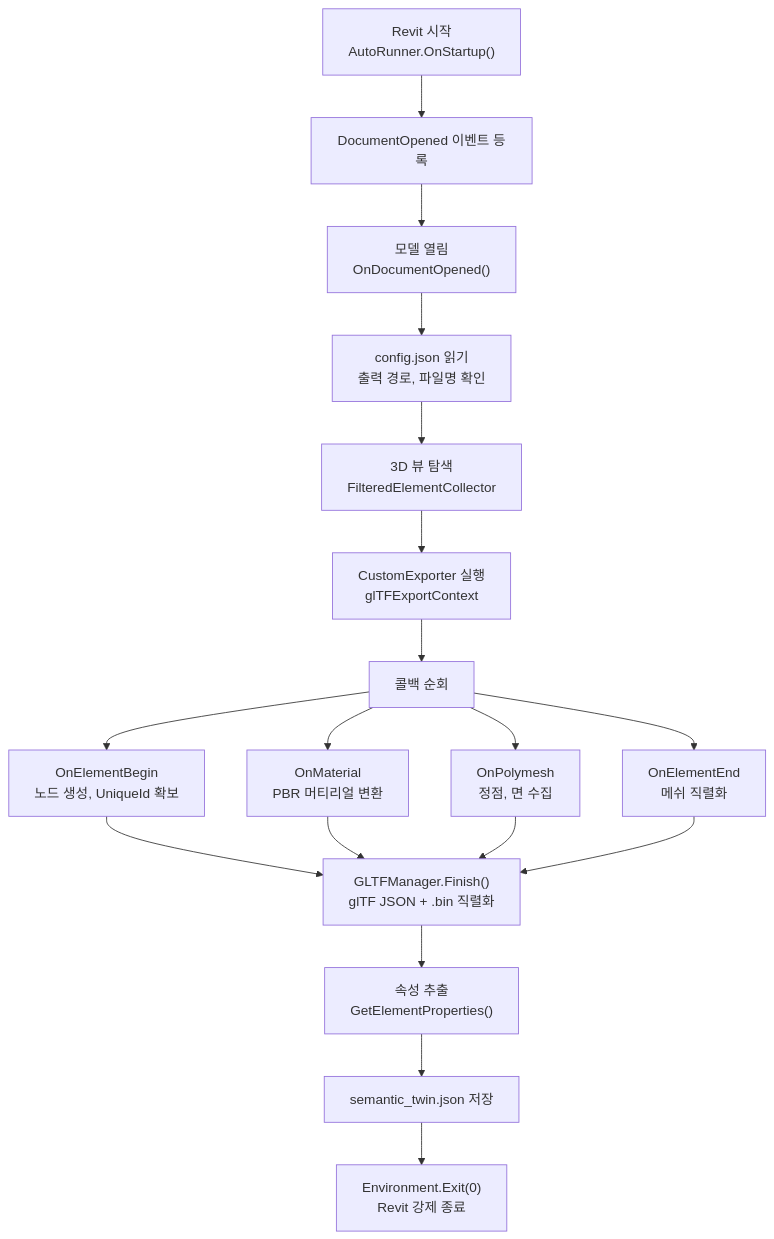
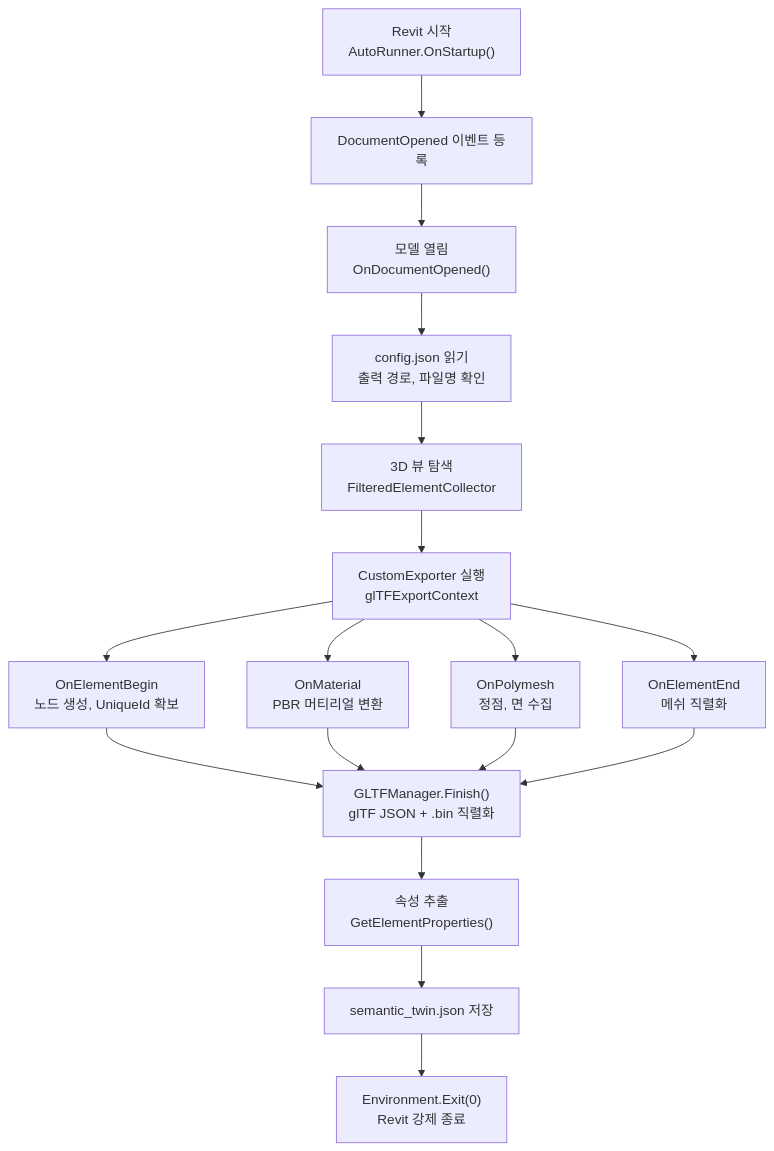
The second of 6 diagrams in docs/idea-02.md (i2na/dt-engine-research), drawn with Mermaid before and after one commit. The commit also changed other lines of this file and 2 other files, not shown here.

````diff
--- a/docs/idea-02.md
+++ b/docs/idea-02.md
@@ -59,17 +59,19 @@
 ```mermaid
 flowchart TD
     A["Revit 시작<br/>AutoRunner.OnStartup()"] --> B["DocumentOpened 이벤트 등록"]
     B --> C["모델 열림<br/>OnDocumentOpened()"]
     C --> D["config.json 읽기<br/>출력 경로, 파일명 확인"]
     D --> E["3D 뷰 탐색<br/>FilteredElementCollector"]
     E --> F["CustomExporter 실행<br/>glTFExportContext"]
-    F --> G["콜백 순회"]
-    G --> G1["OnElementBegin<br/>노드 생성, UniqueId 확보"]
-    G --> G2["OnMaterial<br/>PBR 머티리얼 변환"]
-    G --> G3["OnPolymesh<br/>정점, 면 수집"]
-    G --> G4["OnElementEnd<br/>메쉬 직렬화"]
-    G1 & G2 & G3 & G4 --> H["GLTFManager.Finish()<br/>glTF JSON + .bin 직렬화"]
+    F --> G1["OnElementBegin<br/>노드 생성, UniqueId 확보"]
+    F --> G2["OnMaterial<br/>PBR 머티리얼 변환"]
+    F --> G3["OnPolymesh<br/>정점, 면 수집"]
+    F --> G4["OnElementEnd<br/>메쉬 직렬화"]
+    G1 --> H["GLTFManager.Finish()<br/>glTF JSON + .bin 직렬화"]
+    G2 --> H
+    G3 --> H
+    G4 --> H
     H --> I["속성 추출<br/>GetElementProperties()"]
     I --> J["semantic_twin.json 저장"]
     J --> K["Environment.Exit(0)<br/>Revit 강제 종료"]
 ```
````
